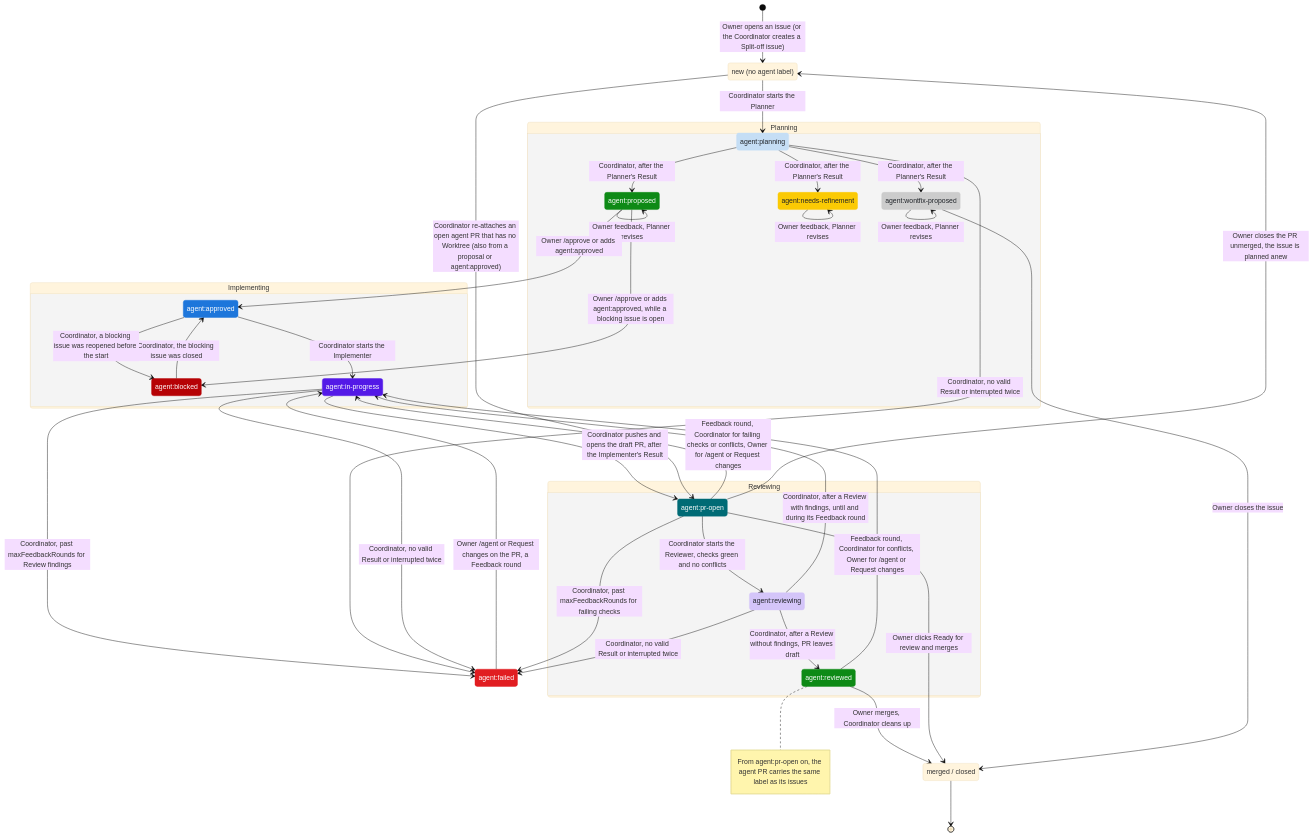
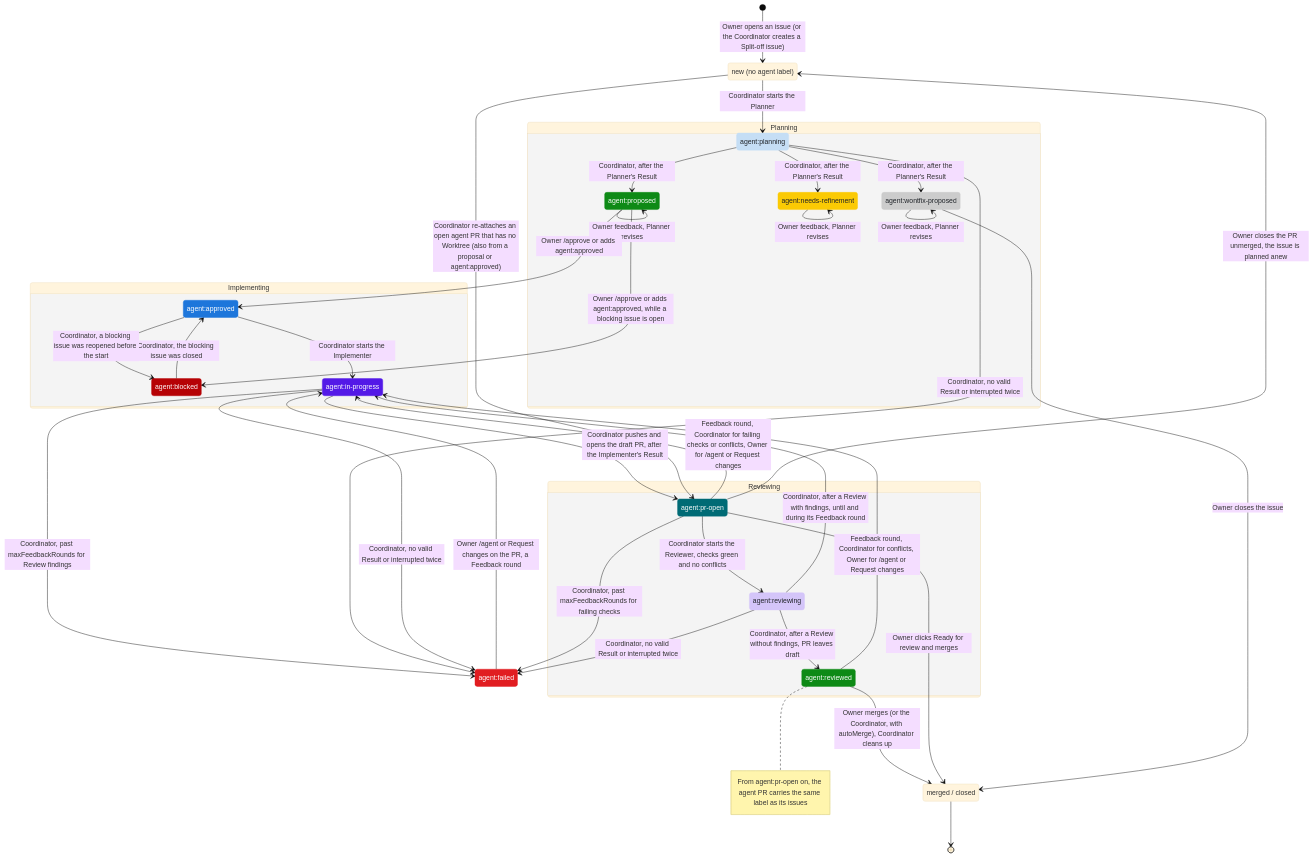
One commit to Flayms/Github-Issue-Coordinator changed the diagram in README.md. Above: the diagram before and after it, drawn with Mermaid (base theme). The commit also changed other lines of this file and 34 other files, not shown here.

First line of the commit message:
feat: autoMerge setting (off / risk-evaluated / all) and a Risk tier in every Review (#140) (#142)

````diff
--- a/README.md
+++ b/README.md
@@ -56,80 +58,80 @@
 ```mermaid
 stateDiagram-v2
     state "new (no agent label)" as new
     state "agent:failed" as failed
     state "merged / closed" as done
 
     state Planning {
         state "agent:planning" as planning
         state "agent:proposed" as proposed
         state "agent:needs-refinement" as refinement
         state "agent:wontfix-proposed" as wontfix
     }
     state Implementing {
         state "agent:approved" as approved
         state "agent:blocked" as blocked
         state "agent:in-progress" as inprogress
     }
     state Reviewing {
         state "agent:pr-open" as propen
         state "agent:reviewing" as reviewing
         state "agent:reviewed" as reviewed
     }
 
     [*] --> new : Owner opens an issue (or the Coordinator creates a Split-off issue)
     new --> planning : Coordinator starts the Planner
     planning --> proposed : Coordinator, after the Planner's Result
     planning --> refinement : Coordinator, after the Planner's Result
     planning --> wontfix : Coordinator, after the Planner's Result
     proposed --> proposed : Owner feedback, Planner revises
     refinement --> refinement : Owner feedback, Planner revises
     wontfix --> wontfix : Owner feedback, Planner revises
     proposed --> approved : Owner /approve or adds agent#58;approved
     proposed --> blocked : Owner /approve or adds agent#58;approved, while a blocking issue is open
     blocked --> approved : Coordinator, the blocking issue was closed
     approved --> blocked : Coordinator, a blocking issue was reopened before the start
     approved --> inprogress : Coordinator starts the Implementer
     inprogress --> propen : Coordinator pushes and opens the draft PR, after the Implementer's Result
     propen --> reviewing : Coordinator starts the Reviewer, checks green and no conflicts
     reviewing --> reviewed : Coordinator, after a Review without findings, PR leaves draft
     reviewing --> inprogress : Coordinator, after a Review with findings, until and during its Feedback round
     propen --> inprogress : Feedback round, Coordinator for failing checks or conflicts, Owner for /agent or Request changes
     reviewed --> inprogress : Feedback round, Coordinator for conflicts, Owner for /agent or Request changes
     propen --> failed : Coordinator, past maxFeedbackRounds for failing checks
     inprogress --> failed : Coordinator, past maxFeedbackRounds for Review findings
     planning --> failed : Coordinator, no valid Result or interrupted twice
     inprogress --> failed : Coordinator, no valid Result or interrupted twice
     reviewing --> failed : Coordinator, no valid Result or interrupted twice
     failed --> inprogress : Owner /agent or Request changes on the PR, a Feedback round
-    reviewed --> done : Owner merges, Coordinator cleans up
+    reviewed --> done : Owner merges (or the Coordinator, with autoMerge), Coordinator cleans up
     propen --> done : Owner clicks Ready for review and merges
     propen --> new : Owner closes the PR unmerged, the issue is planned anew
     new --> propen : Coordinator re-attaches an open agent PR that has no Worktree (also from a proposal or agent#58;approved)
     wontfix --> done : Owner closes the issue
     done --> [*]
     note right of reviewed : From agent#58;pr-open on, the agent PR carries the same label as its issues
 
     %% Label colours from src/labels.ts, as on GitHub
     classDef l_planning fill:#c5def5,stroke:#c5def5,color:#1f2328
     classDef l_proposed fill:#0e8a16,stroke:#0e8a16,color:#ffffff
     classDef l_refinement fill:#fbca04,stroke:#fbca04,color:#1f2328
     classDef l_wontfix fill:#cccccc,stroke:#cccccc,color:#1f2328
     classDef l_approved fill:#1d76db,stroke:#1d76db,color:#ffffff
     classDef l_blocked fill:#b60205,stroke:#b60205,color:#ffffff
     classDef l_inprogress fill:#5319e7,stroke:#5319e7,color:#ffffff
     classDef l_propen fill:#006b75,stroke:#006b75,color:#ffffff
     classDef l_reviewing fill:#d4c5f9,stroke:#d4c5f9,color:#1f2328
     classDef l_reviewed fill:#0e8a16,stroke:#0e8a16,color:#ffffff
     classDef l_failed fill:#e11d21,stroke:#e11d21,color:#ffffff
     class planning l_planning
     class proposed l_proposed
     class refinement l_refinement
     class wontfix l_wontfix
     class approved l_approved
     class blocked l_blocked
     class inprogress l_inprogress
     class propen l_propen
     class reviewing l_reviewing
     class reviewed l_reviewed
     class failed l_failed
 ```
````
